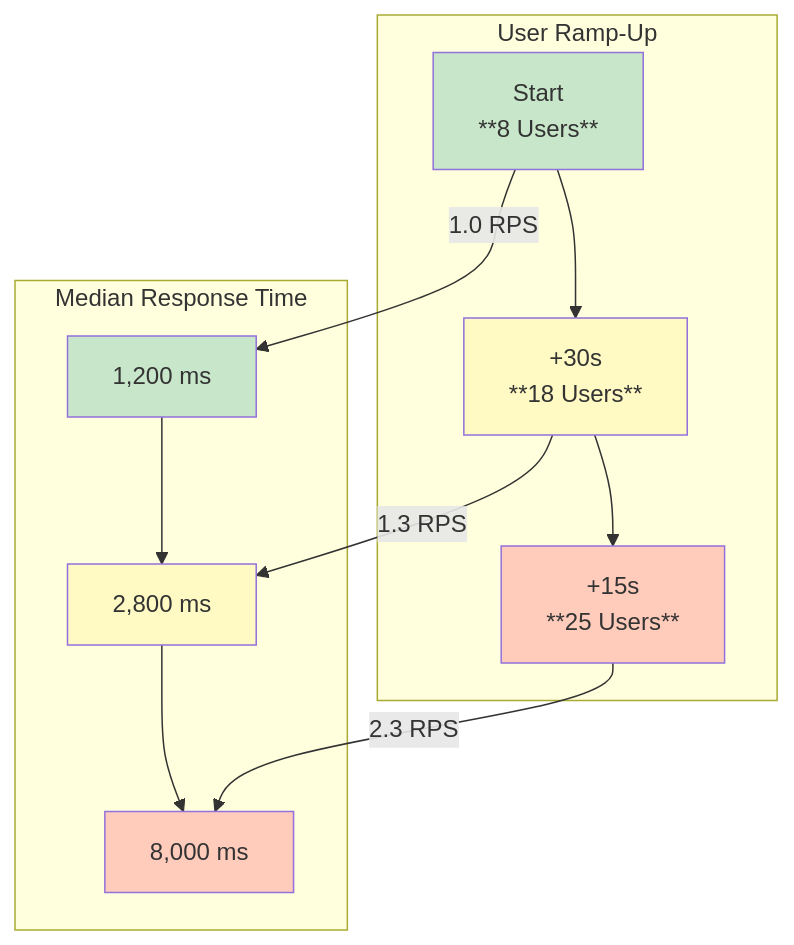
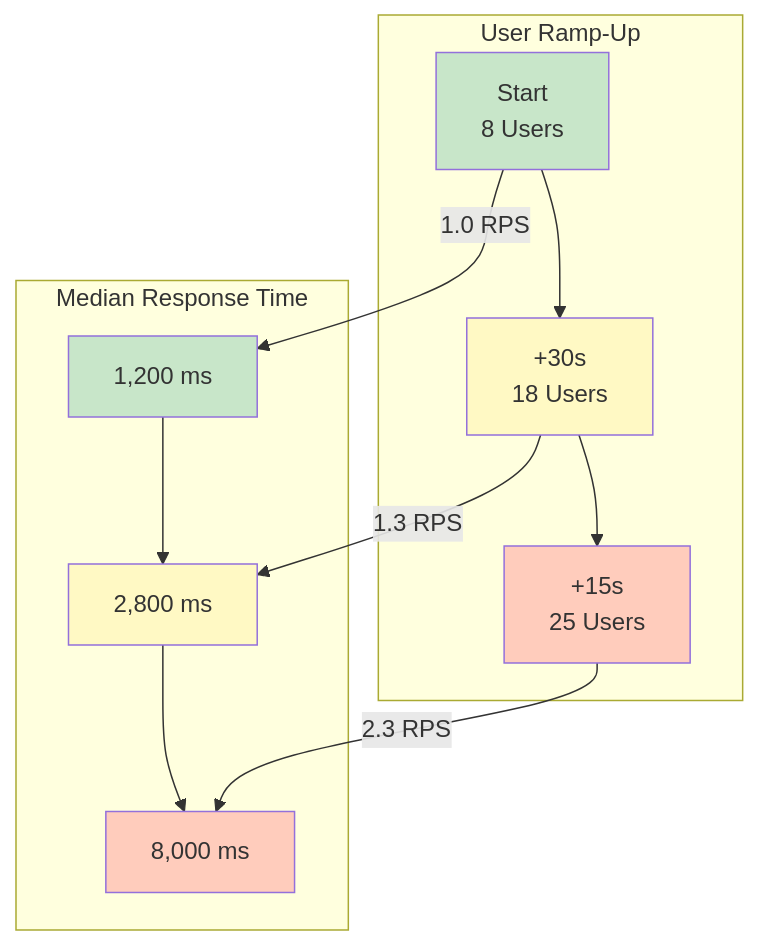
One commit to Arafat6462/ResuMate_API_Docs changed the diagram in docs/performance/index.md. Above: the diagram before and after it, drawn with Mermaid. The commit also changed other lines of this file, not shown here.

Commit message:
Refactor performance documentation title and clean up response time graph labels for clarity

````diff
--- a/docs/performance/index.md
+++ b/docs/performance/index.md
@@ -338,20 +332,20 @@
 ```mermaid
 graph TD
     subgraph User Ramp-Up
-        A[Start<br>**8 Users**] --> B[+30s<br>**18 Users**] --> C[+15s<br>**25 Users**];
+        A[Start<br>8 Users] --> B[+30s<br>18 Users] --> C[+15s<br>25 Users];
     end
     subgraph Median Response Time
         D[1,200 ms] --> E[2,800 ms] --> F[8,000 ms];
     end
     A -- 1.0 RPS --> D;
     B -- 1.3 RPS --> E;
     C -- 2.3 RPS --> F;
 
     style A fill:#c8e6c9
     style B fill:#fff9c4
     style C fill:#ffccbc
 
     style D fill:#c8e6c9
     style E fill:#fff9c4
     style F fill:#ffccbc
 ```
````
